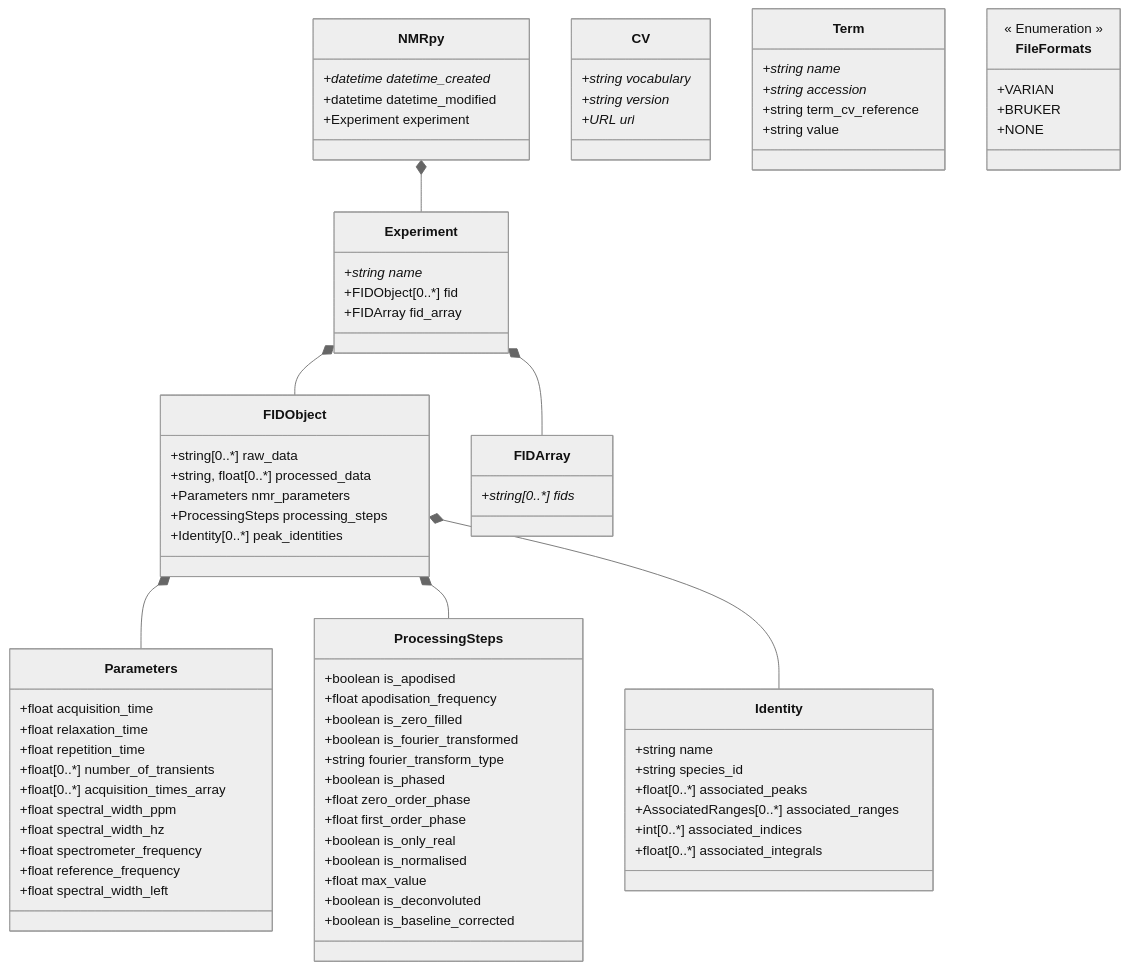
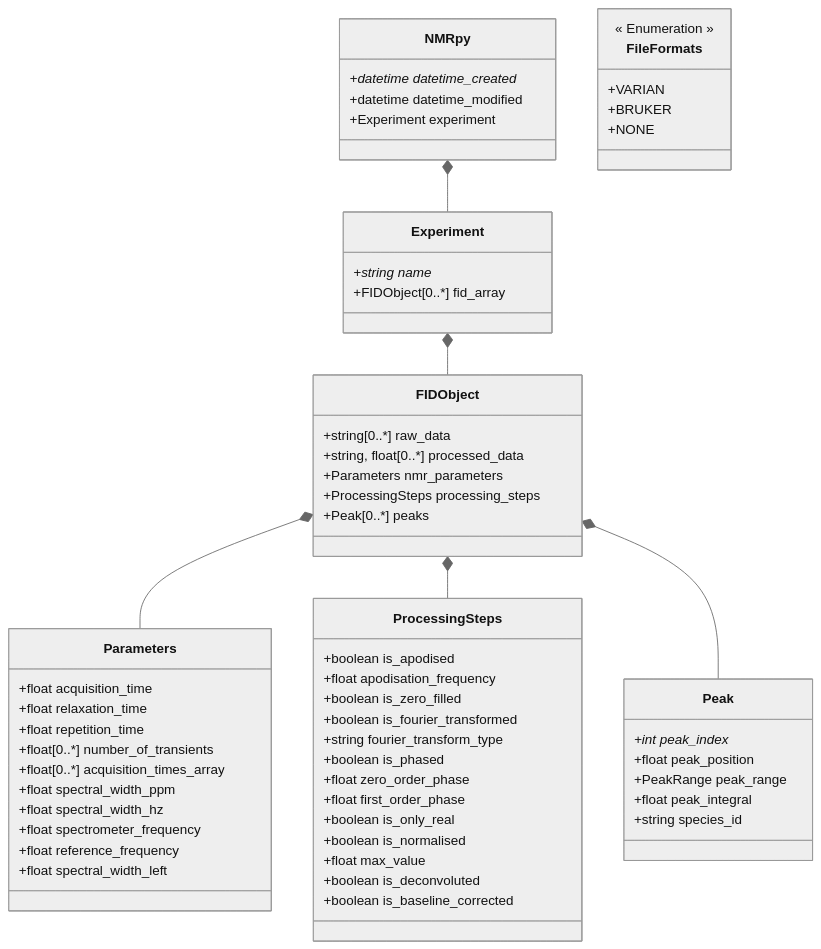
The diagram in nmrpy/datamodel/schemes/datamodel_schema.md (NMRPy/nmrpy), drawn with Mermaid (neutral theme) before and after one commit. The commit also changed 17 other files, not shown here.

```diff
--- a/nmrpy/datamodel/schemes/datamodel_schema.md
+++ b/nmrpy/datamodel/schemes/datamodel_schema.md
@@ -2,10 +2,9 @@
 classDiagram
     NMRpy *-- Experiment
     Experiment *-- FIDObject
-    Experiment *-- FIDArray
     FIDObject *-- Parameters
     FIDObject *-- ProcessingSteps
-    FIDObject *-- Identity
+    FIDObject *-- Peak
     
     class NMRpy {
         +datetime datetime_created*
@@ -15,8 +14,7 @@
     
     class Experiment {
         +string name*
-        +FIDObject[0..*] fid
-        +FIDArray fid_array
+        +FIDObject[0..*] fid_array
     }
     
     class FIDObject {
@@ -24,7 +22,7 @@
         +string, float[0..*] processed_data
         +Parameters nmr_parameters
         +ProcessingSteps processing_steps
-        +Identity[0..*] peak_identities
+        +Peak[0..*] peaks
     }
     
     class Parameters {
@@ -56,30 +54,12 @@
         +boolean is_baseline_corrected
     }
     
-    class Identity {
-        +string name
+    class Peak {
+        +int peak_index*
+        +float peak_position
+        +PeakRange peak_range
+        +float peak_integral
         +string species_id
-        +float[0..*] associated_peaks
-        +AssociatedRanges[0..*] associated_ranges
-        +int[0..*] associated_indices
-        +float[0..*] associated_integrals
-    }
-    
-    class FIDArray {
-        +string[0..*] fids*
-    }
-    
-    class CV {
-        +string vocabulary*
-        +string version*
-        +URL url*
-    }
-    
-    class Term {
-        +string name*
-        +string accession*
-        +string term_cv_reference
-        +string value
     }
     
     class FileFormats {
```
